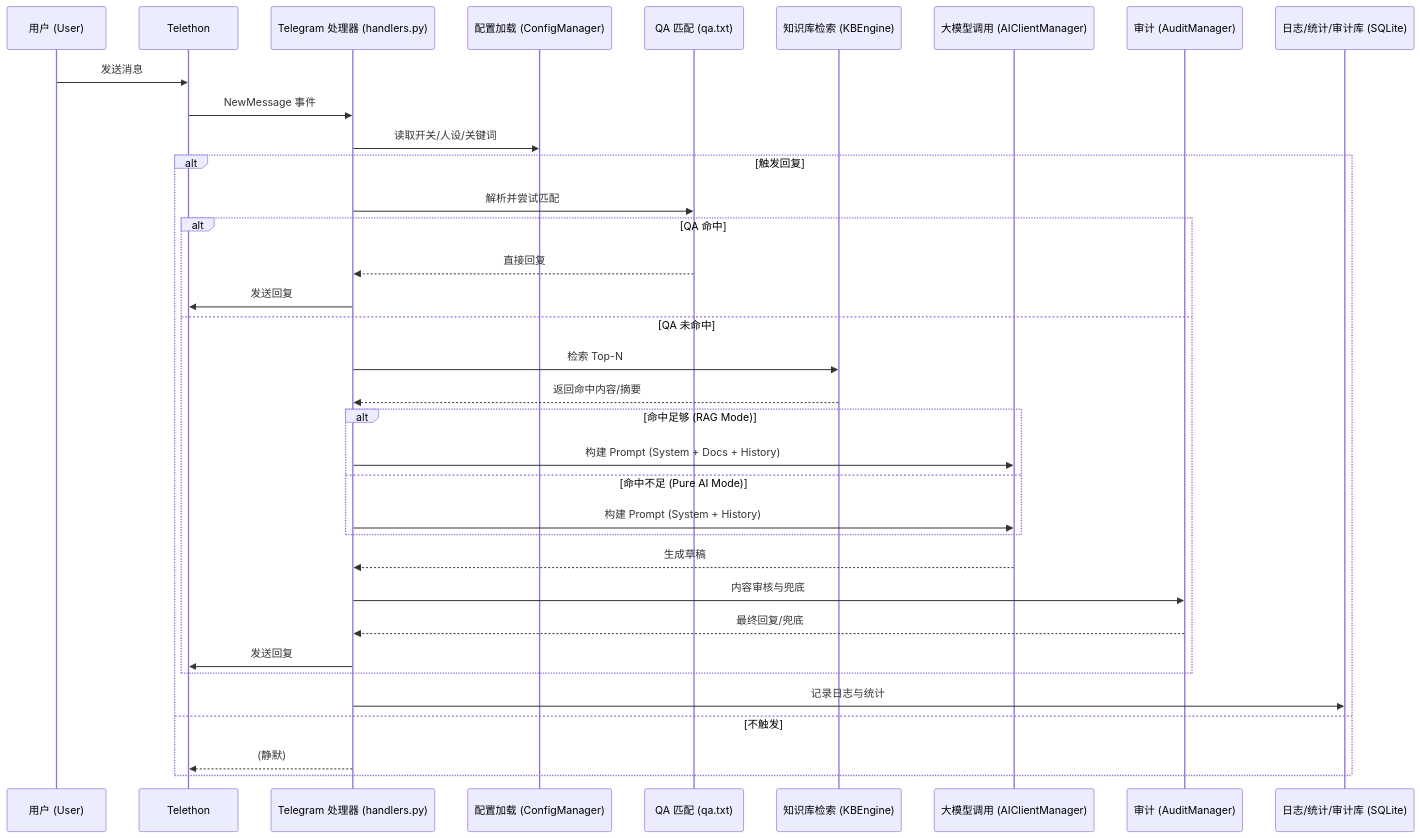
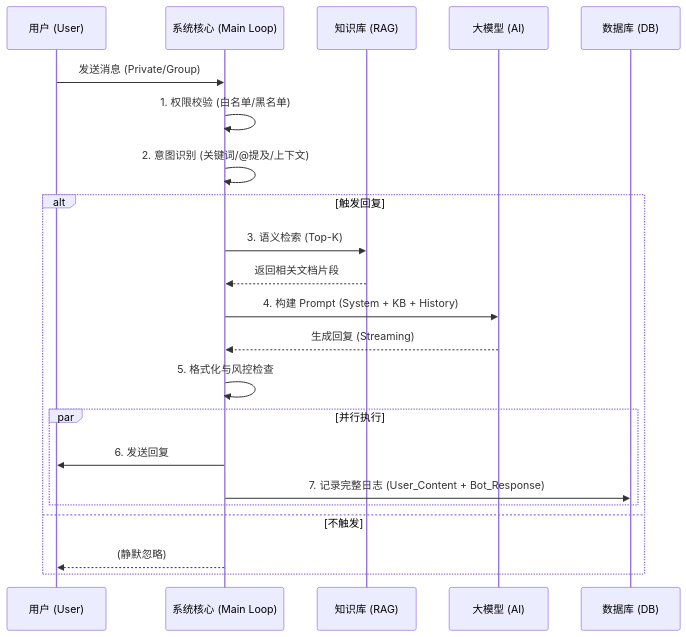
The third of 3 diagrams in releases/v2.5.0/docs/help_center/v1.0/zh_CN/Telegram_AI_机器人技术白皮书.md (hverlott/AI----agent), drawn with Mermaid before and after one commit. The commit also changed other lines of this file and 324 other files, not shown here.

````diff
--- a/releases/v2.5.0/docs/help_center/v1.0/zh_CN/Telegram_AI_机器人技术白皮书.md
+++ b/releases/v2.5.0/docs/help_center/v1.0/zh_CN/Telegram_AI_机器人技术白皮书.md
@@ -104,41 +101,29 @@
 ```mermaid
 sequenceDiagram
     participant U as 用户 (User)
-    participant TG as Telethon
-    participant H as Telegram 处理器 (handlers.py)
-    participant CFG as 配置加载 (ConfigManager)
-    participant QA as QA 匹配 (qa.txt)
-    participant KB as 知识库检索 (KBEngine)
-    participant AI as 大模型调用 (AIClientManager)
-    participant AUD as 审计 (AuditManager)
-    participant DB as 日志/统计/审计库 (SQLite)
+    participant SYS as 系统核心 (Main Loop)
+    participant KB as 知识库 (RAG)
+    participant LLM as 大模型 (AI)
+    participant DB as 数据库 (DB)
 
-    U->>TG: 发送消息
-    TG->>H: NewMessage 事件
-    H->>CFG: 读取开关/人设/关键词
+    U->>SYS: 发送消息 (Private/Group)
+    SYS->>SYS: 1. 权限校验 (白名单/黑名单)
+    SYS->>SYS: 2. 意图识别 (关键词/@提及/上下文)
     
     alt 触发回复
-        H->>QA: 解析并尝试匹配
-        alt QA 命中
-            QA-->>H: 直接回复
-            H->>TG: 发送回复
-        else QA 未命中
-            H->>KB: 检索 Top-N
-            KB-->>H: 返回命中内容/摘要
+        SYS->>KB: 3. 语义检索 (Top-K)
+        KB-->>SYS: 返回相关文档片段
         
-            alt 命中足够 (RAG Mode)
-                H->>AI: 构建 Prompt (System + Docs + History)
-            else 命中不足 (Pure AI Mode)
-                H->>AI: 构建 Prompt (System + History)
-            end
+        SYS->>LLM: 4. 构建 Prompt (System + KB + History)
+        LLM-->>SYS: 生成回复 (Streaming)
         
-            AI-->>H: 生成草稿
-            H->>AUD: 内容审核与兜底
-            AUD-->>H: 最终回复/兜底
-            H->>TG: 发送回复
+        SYS->>SYS: 5. 格式化与风控检查
+        
+        par 并行执行
+            SYS->>U: 6. 发送回复
+            SYS->>DB: 7. 记录完整日志 (User_Content + Bot_Response)
         end
-        H->>DB: 记录日志与统计
     else 不触发
-        H-->>TG: (静默)
+        SYS-->>U: (静默忽略)
     end
 ```
````
